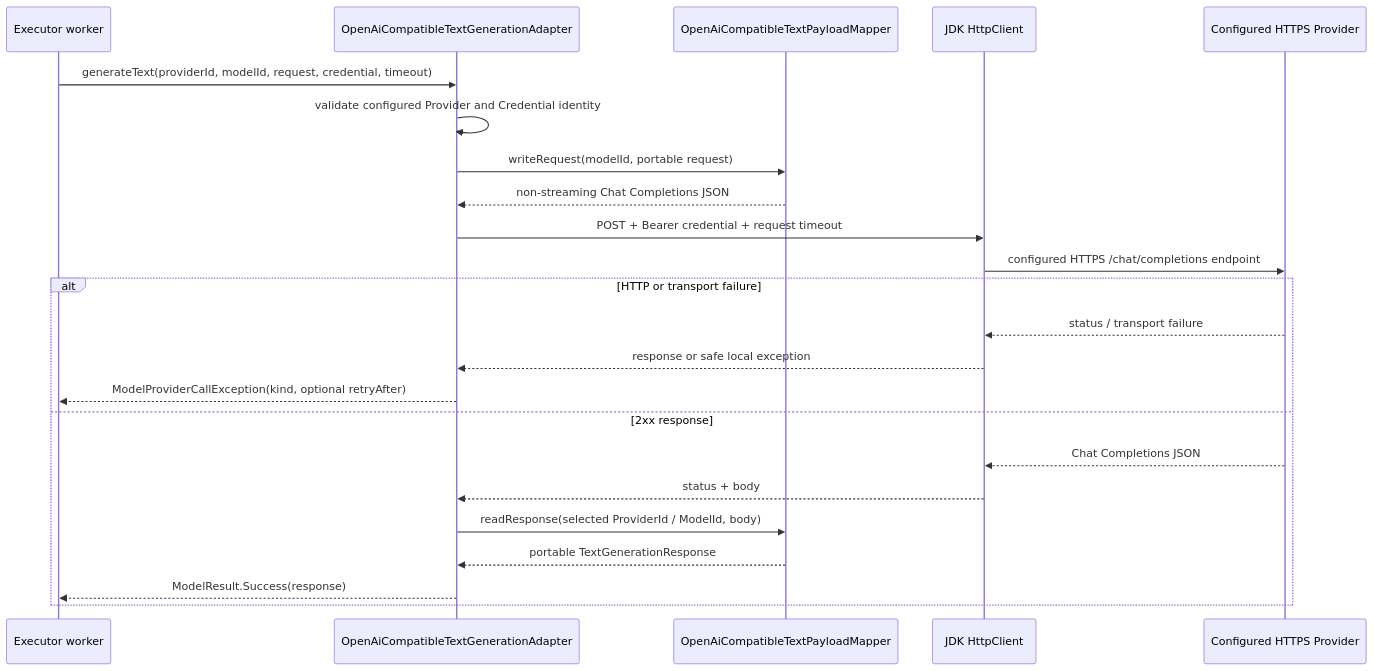
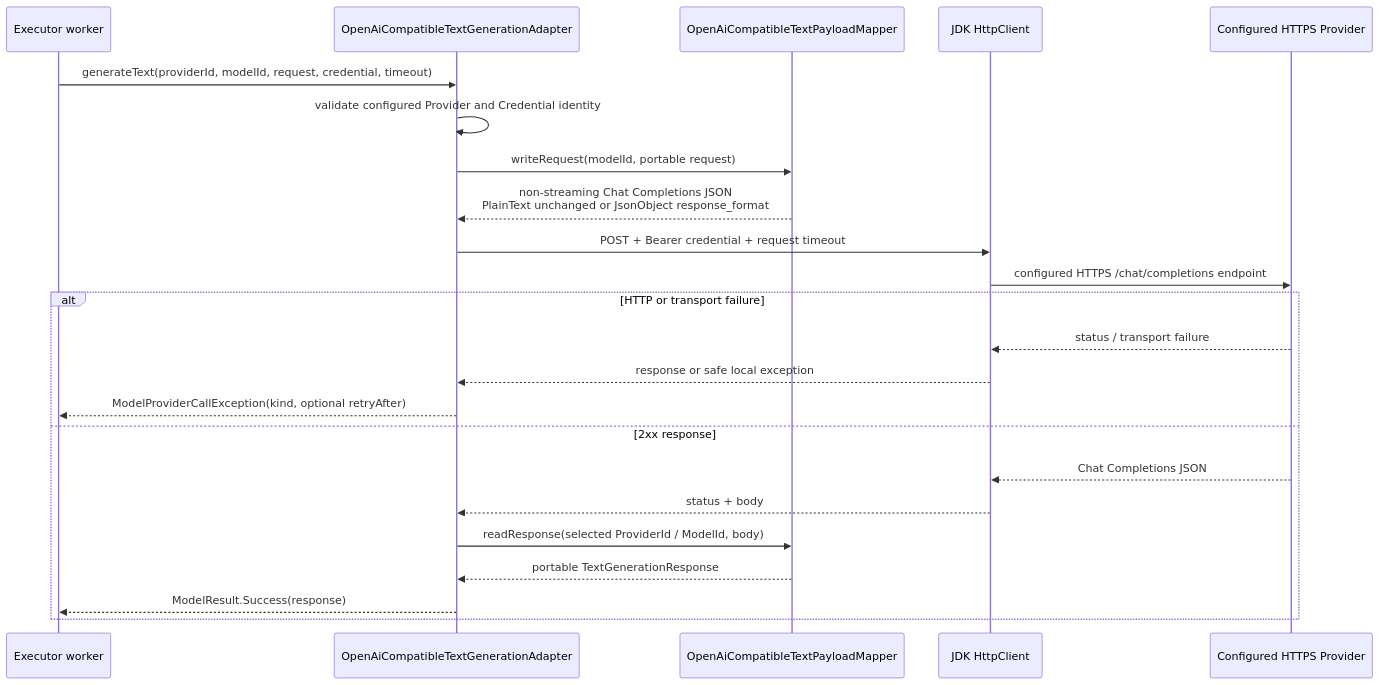
One commit to AnnnaSun/DailyLanguage changed the diagram in docs/flow/text-generation-openai-compatible-provider.md. Above: the diagram before and after it, drawn with Mermaid. The commit also changed other lines of this file and 8 other files, not shown here.

````diff
--- a/docs/flow/text-generation-openai-compatible-provider.md
+++ b/docs/flow/text-generation-openai-compatible-provider.md
@@ -28,26 +32,26 @@
 ```mermaid
 sequenceDiagram
     participant Worker as Executor worker
     participant Adapter as OpenAiCompatibleTextGenerationAdapter
     participant Mapper as OpenAiCompatibleTextPayloadMapper
     participant HTTP as JDK HttpClient
     participant Provider as Configured HTTPS Provider
 
     Worker->>Adapter: generateText(providerId, modelId, request, credential, timeout)
     Adapter->>Adapter: validate configured Provider and Credential identity
     Adapter->>Mapper: writeRequest(modelId, portable request)
-    Mapper-->>Adapter: non-streaming Chat Completions JSON
+    Mapper-->>Adapter: non-streaming Chat Completions JSON<br/>PlainText unchanged or JsonObject response_format
     Adapter->>HTTP: POST + Bearer credential + request timeout
     HTTP->>Provider: configured HTTPS /chat/completions endpoint
     alt HTTP or transport failure
         Provider-->>HTTP: status / transport failure
         HTTP-->>Adapter: response or safe local exception
         Adapter-->>Worker: ModelProviderCallException(kind, optional retryAfter)
     else 2xx response
         Provider-->>HTTP: Chat Completions JSON
         HTTP-->>Adapter: status + body
         Adapter->>Mapper: readResponse(selected ProviderId / ModelId, body)
         Mapper-->>Adapter: portable TextGenerationResponse
         Adapter-->>Worker: ModelResult.Success(response)
     end
 ```
````
